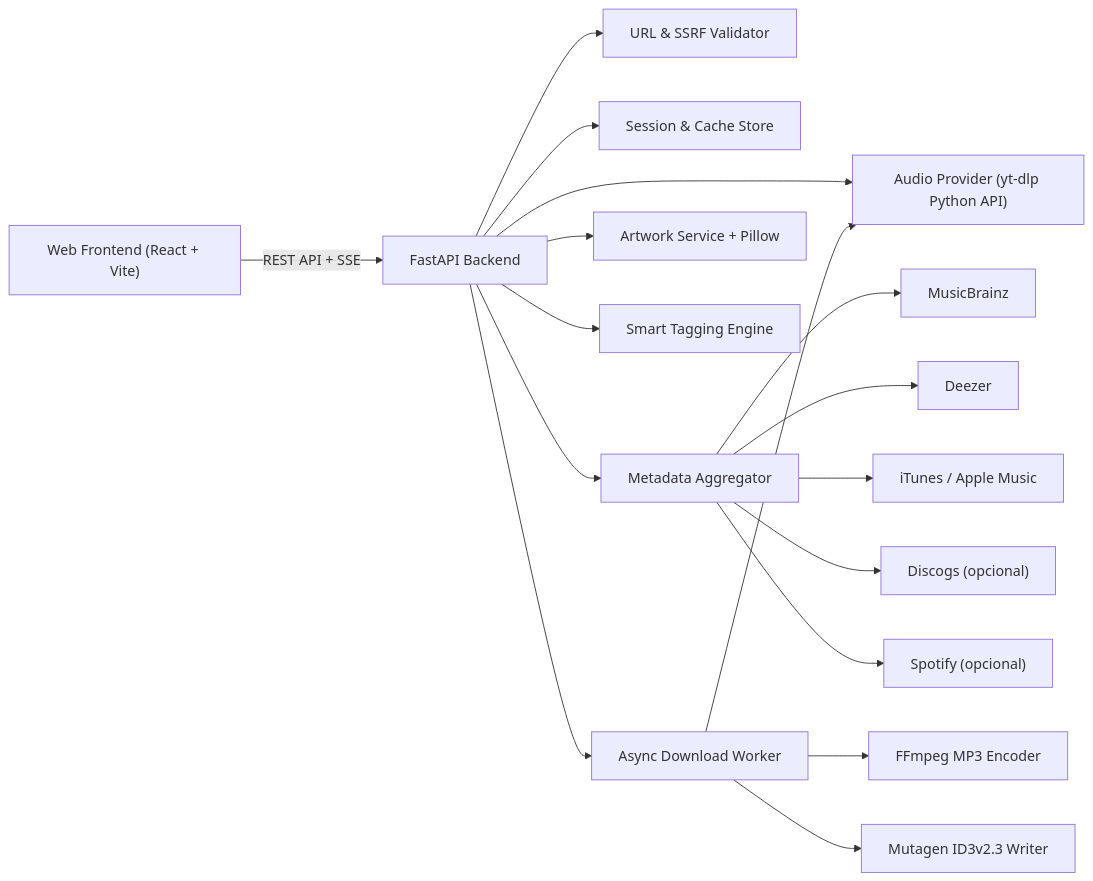
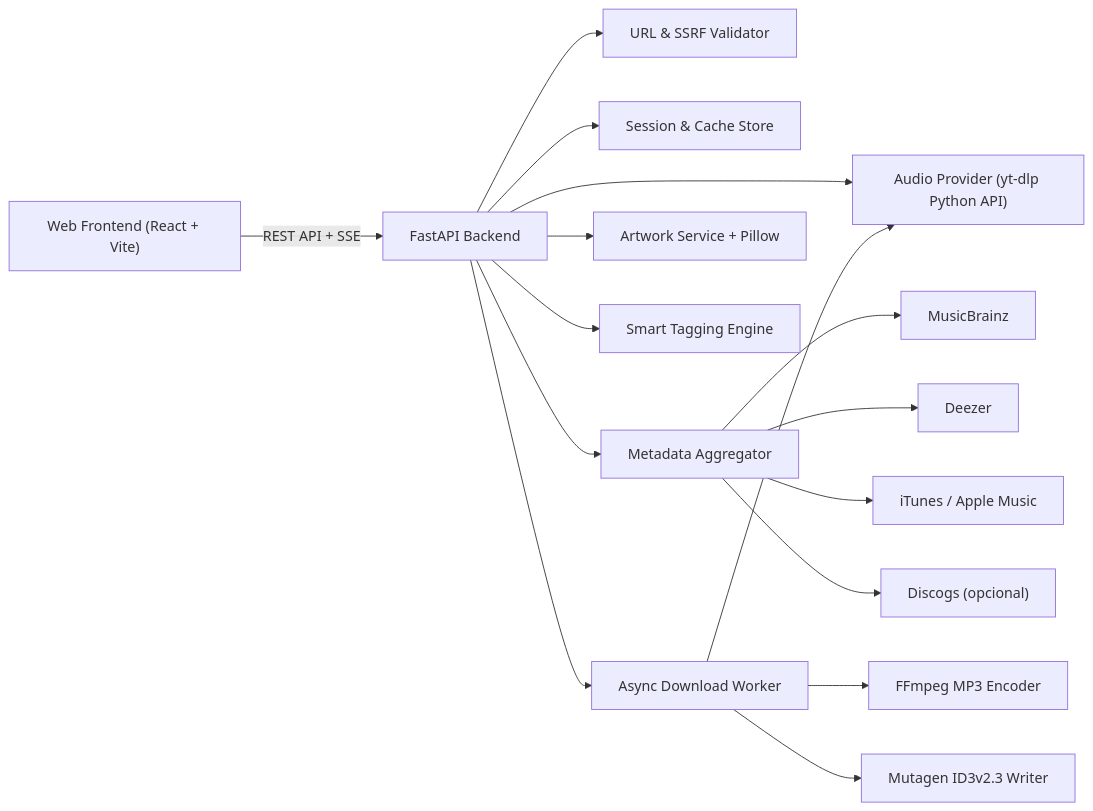
The diagram in docs/ARCHITECTURE.md (donivanovich/MetaStudio), drawn with Mermaid before and after one commit. The commit also changed other lines of this file and 23 other files, not shown here.

````diff
--- a/docs/ARCHITECTURE.md
+++ b/docs/ARCHITECTURE.md
@@ -12,19 +12,18 @@
 ```mermaid
 flowchart LR
     Browser["Web Frontend (React + Vite)"] -->|"REST API + SSE"| API["FastAPI Backend"]
     API --> UrlValidator["URL & SSRF Validator"]
     API --> SessionStore["Session & Cache Store"]
     API --> AudioProv["Audio Provider (yt-dlp Python API)"]
     API --> MetaAgg["Metadata Aggregator"]
     API --> ArtSvc["Artwork Service + Pillow"]
     API --> TagEngine["Smart Tagging Engine"]
     API --> QueueWorker["Async Download Worker"]
     MetaAgg --> MB["MusicBrainz"]
     MetaAgg --> DZ["Deezer"]
     MetaAgg --> IT["iTunes / Apple Music"]
     MetaAgg --> DG["Discogs (opcional)"]
-    MetaAgg --> SP["Spotify (opcional)"]
     QueueWorker --> AudioProv
     QueueWorker --> FFmpeg["FFmpeg MP3 Encoder"]
     QueueWorker --> ID3["Mutagen ID3v2.3 Writer"]
 ```
````
